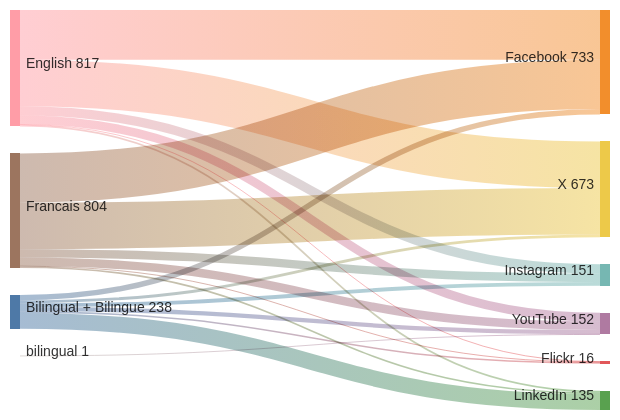
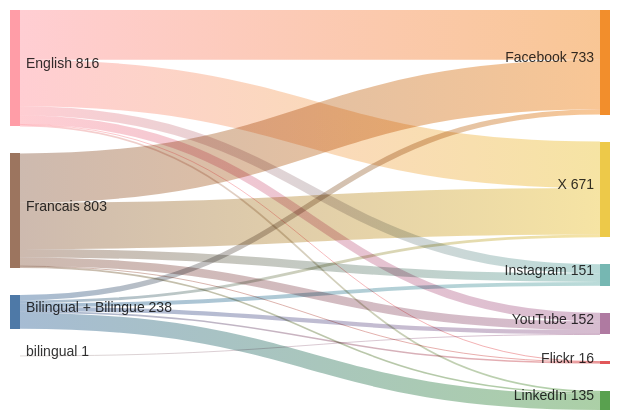
One commit to PatLittle/GC-Socials changed the diagram in sankey_diagram.md. Above: the diagram before and after it, drawn with Mermaid.

Commit message:
Update Sankey diagram for the most recent day

````diff
--- a/sankey_diagram.md
+++ b/sankey_diagram.md
@@ -1,22 +1,22 @@
 ```mermaid
 sankey-beta
   Bilingual + Bilingue,Facebook,38
   Bilingual + Bilingue,Flickr,11
   Bilingual + Bilingue,Instagram,27
   Bilingual + Bilingue,LinkedIn,112
   Bilingual + Bilingue,X,20
   Bilingual + Bilingue,YouTube,30
   English,Facebook,349
   English,Flickr,3
   English,Instagram,65
   English,LinkedIn,12
-  English,X,327
+  English,X,326
   English,YouTube,61
   Francais,Facebook,346
   Francais,Flickr,2
   Francais,Instagram,59
   Francais,LinkedIn,11
-  Francais,X,326
+  Francais,X,325
   Francais,YouTube,60
   bilingual,YouTube,1
 ```
````
